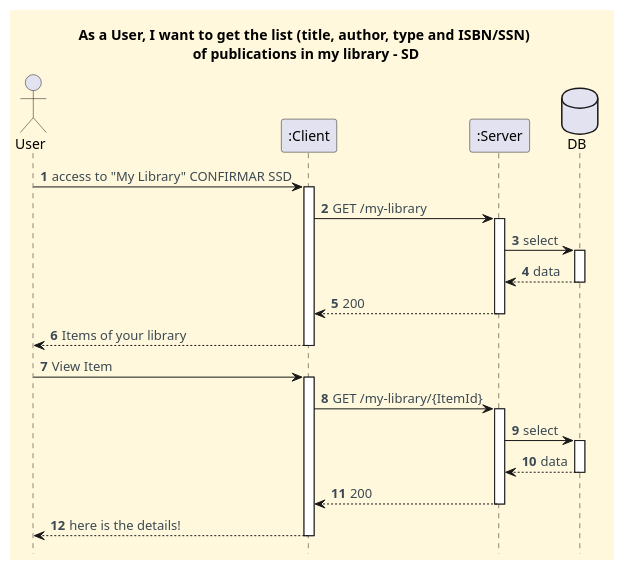
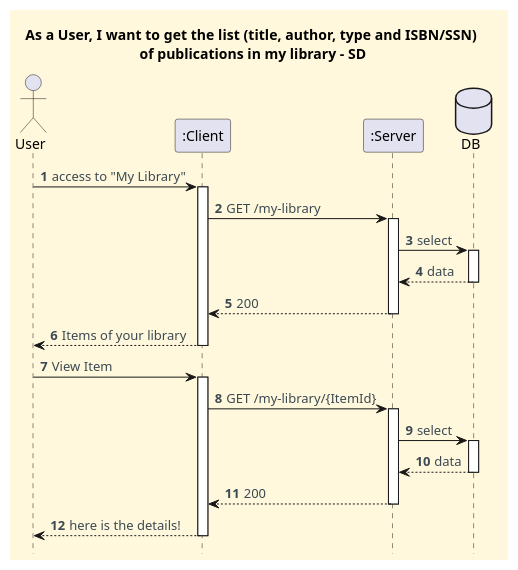
The diagram in docs/client-server-diagrams/get-list-of-items-in-my-library/Process_View_SD.puml (CarolinaLeite-collab/JavaMarketplacePlatform), drawn with PlantUML before and after one commit.

Commit message:
fix: small correction to client-server diagram, refs #943

```diff
--- a/docs/client-server-diagrams/get-list-of-items-in-my-library/Process_View_SD.puml
+++ b/docs/client-server-diagrams/get-list-of-items-in-my-library/Process_View_SD.puml
@@ -1,56 +1,56 @@
 @startuml
 '==== basic style ====
 hide stereotype
 skinparam monochrome false
 skinparam shadowing false
 skinparam defaultFontName Futura
 skinparam objectFontSize 20
 skinparam backgroundColor CornSilk
 skinparam objectBackgroundColor WhiteSmoke
 skinparam noteBackgroundColor #FFFFE0
 skinparam ArrowFontColor #3B4953
 skinparam ActivationBackgroundColor black
 hidefootbox
 
 autonumber
 
 title "As a User, I want to get the list (title, author, type and ISBN/SSN) \nof publications in my library - SD"
 
 ' --- Actor and participants ---
 
 actor User
 participant ":Client" as client
 participant ":Server" as server
 database "DB" as DB
 
-User -> client : access to "My Library" CONFIRMAR SSD
+User -> client : access to "My Library"
 activate client
 client -> server : GET /my-library
 activate server
 
 server -> DB : select
 activate DB
 DB --> server : data
 deactivate DB
 
 server --> client : 200
 deactivate server
 client --> User : Items of your library
 deactivate client
 
 User -> client : View Item
 activate client
 client -> server : GET /my-library/{ItemId}
 activate server
 
 server -> DB : select
 activate DB
 DB --> server : data
 deactivate DB
 
 server --> client : 200
 deactivate server
 client --> User : here is the details!
 deactivate client
 
 @enduml
```
